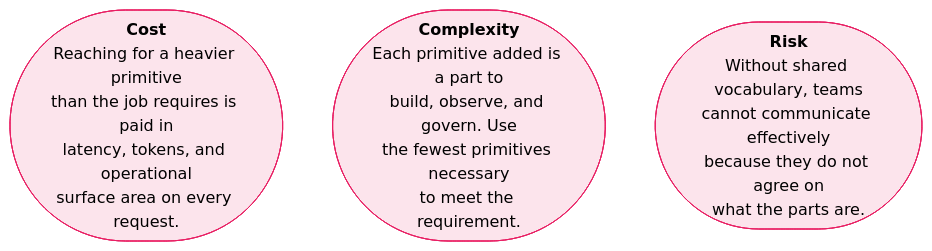
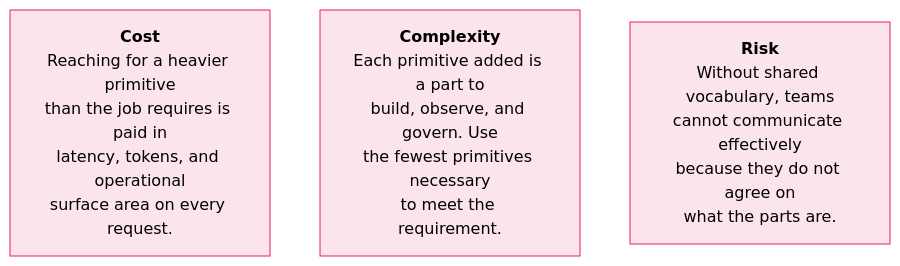
One commit to shreyabaid007/Claude-Certified-Architect changed the fifth of 6 diagrams in Professional/01-Claude-Platform-and-Solution-Design/02-Platform-Map-and-Primitives.md. Above: the diagram before and after it, drawn with Mermaid (base theme). The commit also changed other lines of this file and 1 other file, not shown here.

Commit message:
Switch Cost/Complexity/Risk to standard rectangular boxes
Replace stadium/pill shapes with regular box nodes for consistency
with all other diagram nodes.

````diff
--- a/Professional/01-Claude-Platform-and-Solution-Design/02-Platform-Map-and-Primitives.md
+++ b/Professional/01-Claude-Platform-and-Solution-Design/02-Platform-Map-and-Primitives.md
@@ -132,10 +132,10 @@
 ```mermaid
 flowchart LR
     classDef risk fill:#fce4ec,stroke:#e91e63,color:#000
 
-    C(["<b>Cost</b><br/>Reaching for a heavier primitive<br/>than the job requires is paid in<br/>latency, tokens, and operational<br/>surface area on every request."]):::risk
-    X(["<b>Complexity</b><br/>Each primitive added is a part to<br/>build, observe, and govern. Use<br/>the fewest primitives necessary<br/>to meet the requirement."]):::risk
-    R(["<b>Risk</b><br/>Without shared vocabulary, teams<br/>cannot communicate effectively<br/>because they do not agree on<br/>what the parts are."]):::risk
+    C["<b>Cost</b><br/>Reaching for a heavier primitive<br/>than the job requires is paid in<br/>latency, tokens, and operational<br/>surface area on every request."]:::risk
+    X["<b>Complexity</b><br/>Each primitive added is a part to<br/>build, observe, and govern. Use<br/>the fewest primitives necessary<br/>to meet the requirement."]:::risk
+    R["<b>Risk</b><br/>Without shared vocabulary, teams<br/>cannot communicate effectively<br/>because they do not agree on<br/>what the parts are."]:::risk
 
     C ~~~ X ~~~ R
 ```
````
